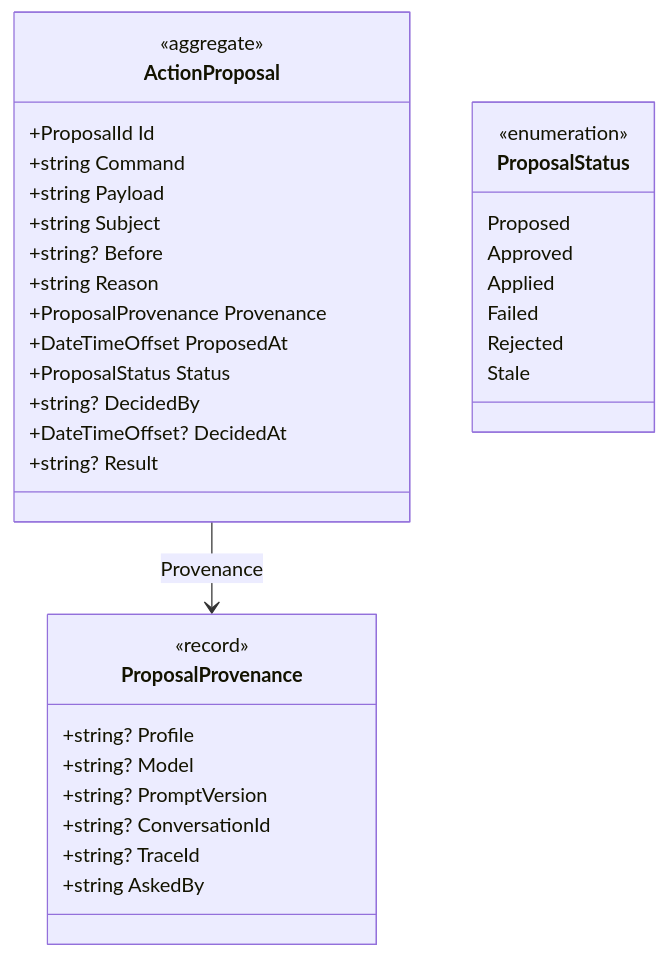
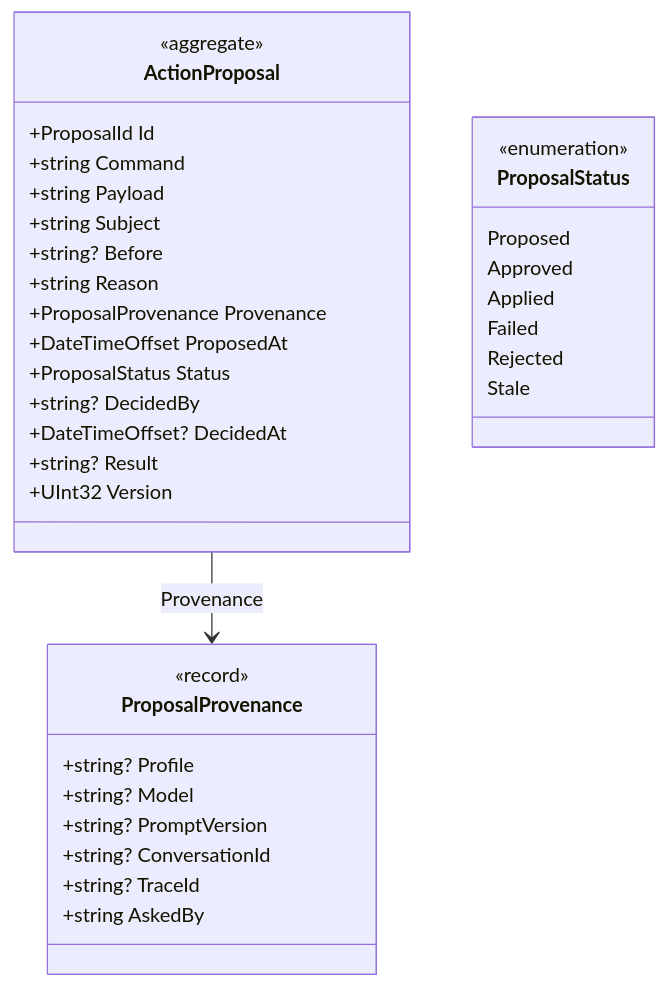
One commit to juanluelguerre/tendero changed diagram 15 of 16 in docs/domain-model.md. Above: the diagram before and after it, drawn with Mermaid. The commit also changed 12 other files, not shown here.

````diff
--- a/docs/domain-model.md
+++ b/docs/domain-model.md
@@ -983,37 +983,38 @@
 ```mermaid
 classDiagram
     class ActionProposal {
         <<aggregate>>
         +ProposalId Id
         +string Command
         +string Payload
         +string Subject
         +string? Before
         +string Reason
         +ProposalProvenance Provenance
         +DateTimeOffset ProposedAt
         +ProposalStatus Status
         +string? DecidedBy
         +DateTimeOffset? DecidedAt
         +string? Result
+        +UInt32 Version
     }
     class ProposalProvenance {
         <<record>>
         +string? Profile
         +string? Model
         +string? PromptVersion
         +string? ConversationId
         +string? TraceId
         +string AskedBy
     }
     class ProposalStatus {
         <<enumeration>>
         Proposed
         Approved
         Applied
         Failed
         Rejected
         Stale
     }
     ActionProposal --> ProposalProvenance : Provenance
 ```
````
